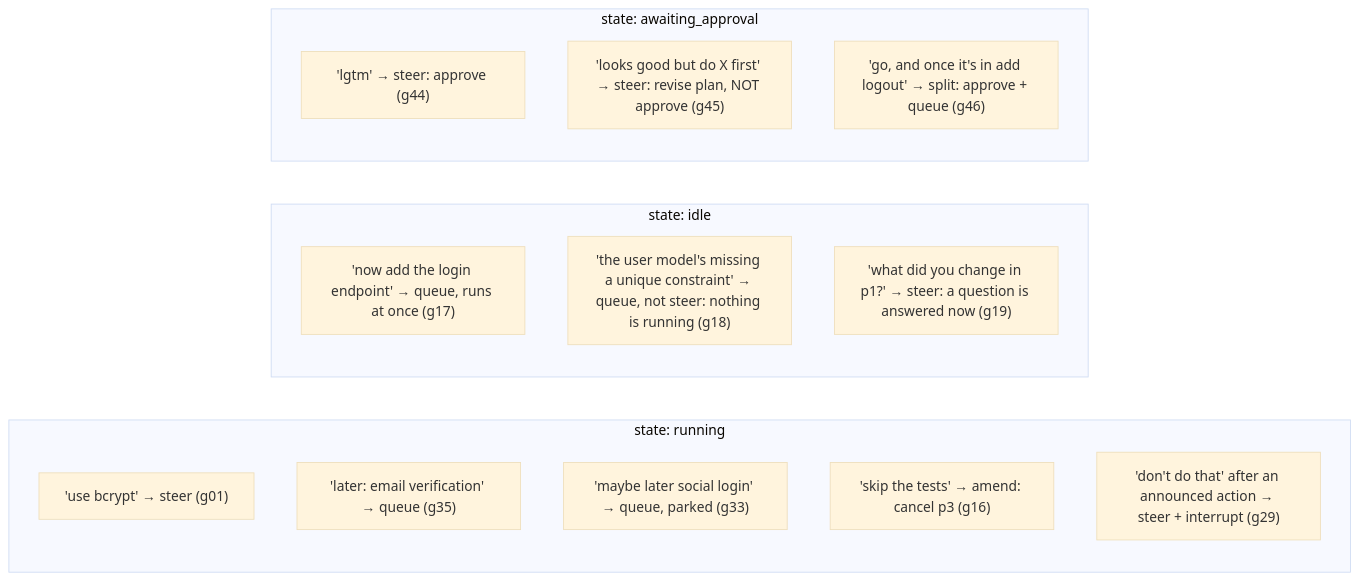
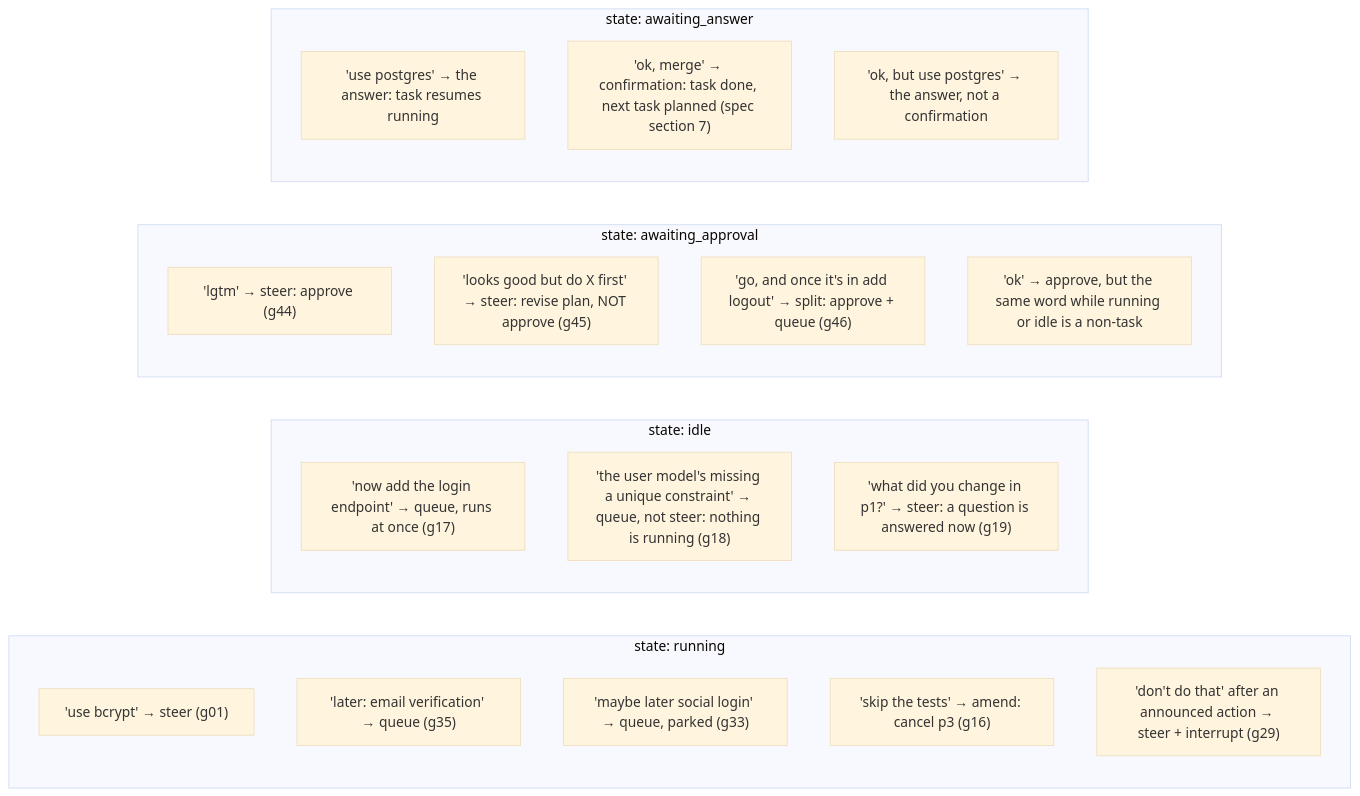
The sixth of 12 diagrams in docs/flows.md (0xEl1yahu/queue-switchclaude), drawn with Mermaid (base theme) before and after one commit. The commit also changed other lines of this file and 2 other files, not shown here.

Commit message:
docs: plan flow in the spec, diagrams and README

````diff
--- a/docs/flows.md
+++ b/docs/flows.md
@@ -115,20 +164,26 @@
 ```mermaid
 flowchart LR
     subgraph running[state: running]
         r1["'use bcrypt' → steer (g01)"]
         r2["'later: email verification' → queue (g35)"]
         r3["'maybe later social login' → queue, parked (g33)"]
         r4["'skip the tests' → amend: cancel p3 (g16)"]
         r5["'don't do that' after an announced action → steer + interrupt (g29)"]
     end
     subgraph idle[state: idle]
         i1["'now add the login endpoint' → queue, runs at once (g17)"]
         i2["'the user model's missing a unique constraint' → queue, not steer: nothing is running (g18)"]
         i3["'what did you change in p1?' → steer: a question is answered now (g19)"]
     end
     subgraph approval[state: awaiting_approval]
         a1["'lgtm' → steer: approve (g44)"]
         a2["'looks good but do X first' → steer: revise plan, NOT approve (g45)"]
         a3["'go, and once it's in add logout' → split: approve + queue (g46)"]
+        a4["'ok' → approve, but the same word while running or idle is a non-task"]
+    end
+    subgraph answer[state: awaiting_answer]
+        n1["'use postgres' → the answer: task resumes running"]
+        n2["'ok, merge' → confirmation: task done, next task planned (spec section 7)"]
+        n3["'ok, but use postgres' → the answer, not a confirmation"]
     end
 ```
````
